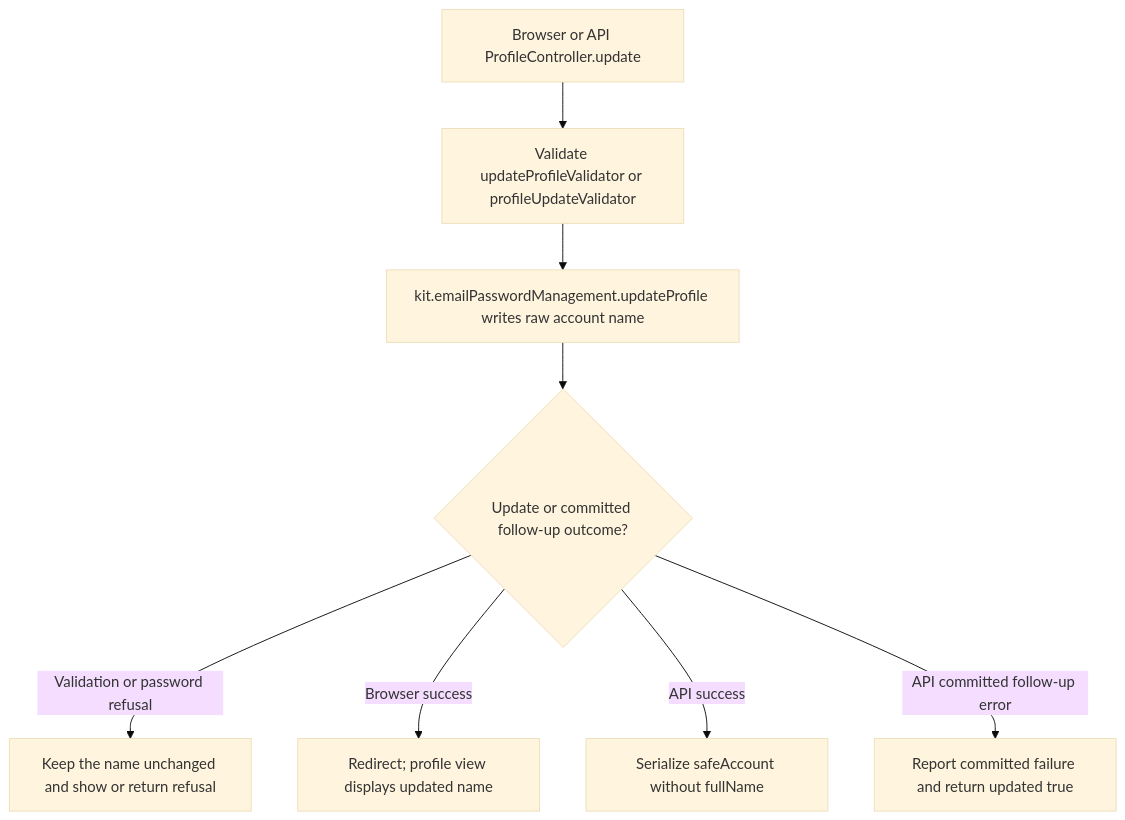
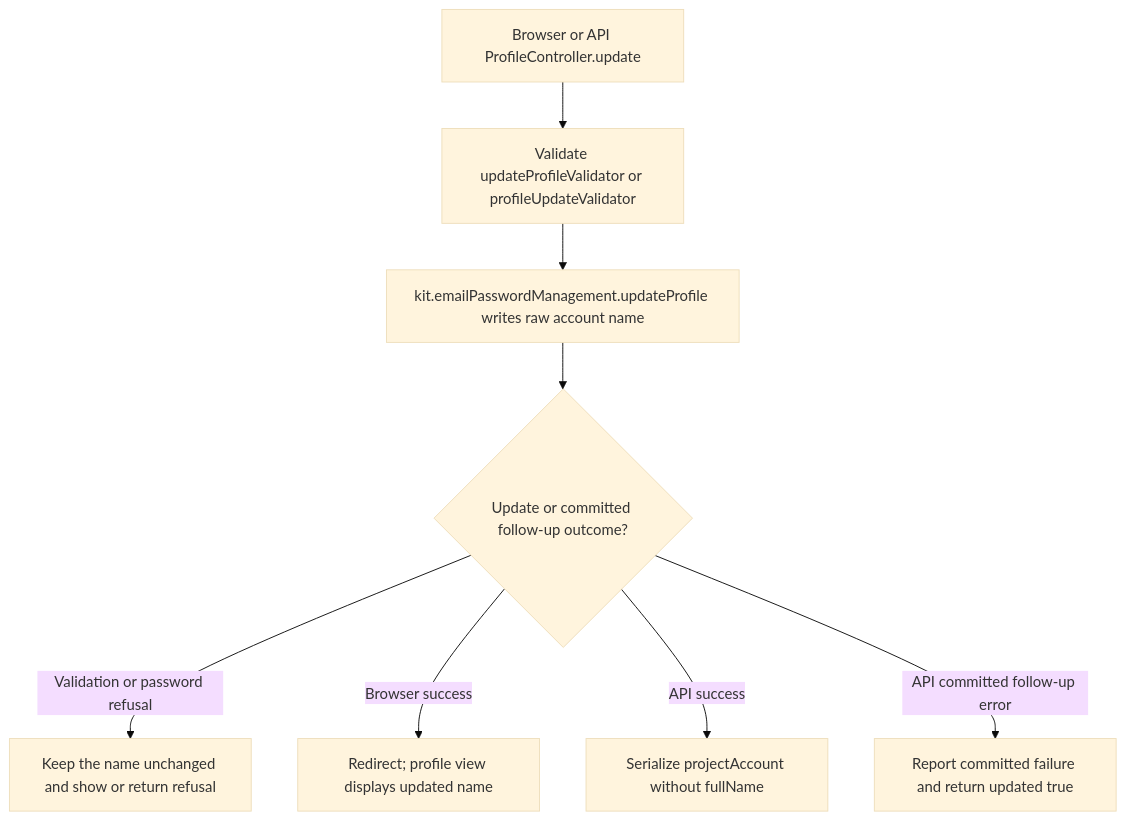
One commit to Kevinjohn/oss-adonisjs-starter-examples changed the second of 2 diagrams in user-stories/accounts/us-account-03-update-profile.md. Above: the diagram before and after it, drawn with Mermaid (base theme). The commit also changed 27 other files, not shown here.

````diff
--- a/user-stories/accounts/us-account-03-update-profile.md
+++ b/user-stories/accounts/us-account-03-update-profile.md
@@ -45,10 +45,10 @@
 ```mermaid
 flowchart TD
     A["Browser or API ProfileController.update"] --> B["Validate updateProfileValidator or profileUpdateValidator"]
     B --> C["kit.emailPasswordManagement.updateProfile writes raw account name"]
     C --> D{"Update or committed follow-up outcome?"}
     D -->|Validation or password refusal| E["Keep the name unchanged and show or return refusal"]
     D -->|Browser success| F["Redirect; profile view displays updated name"]
-    D -->|API success| G["Serialize safeAccount without fullName"]
+    D -->|API success| G["Serialize projectAccount without fullName"]
     D -->|API committed follow-up error| H["Report committed failure and return updated true"]
 ```
````
